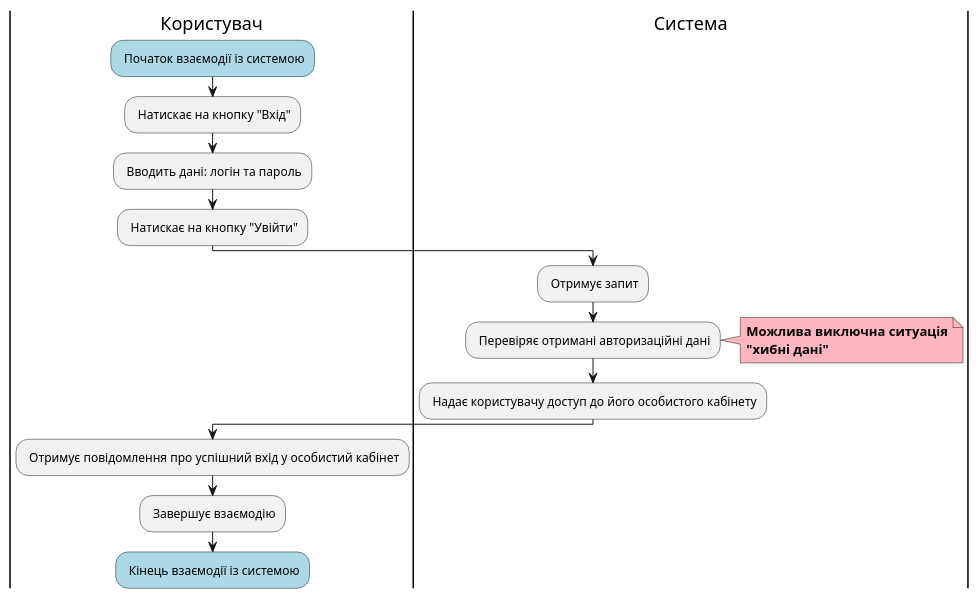
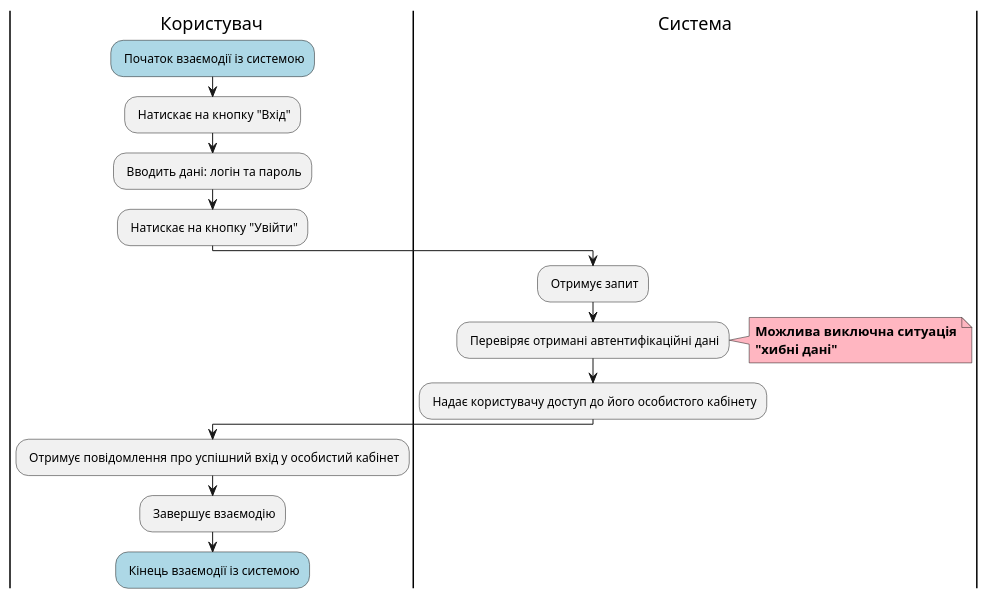
The sixth of 12 diagrams in docs/use cases/README.md (kujo205/db_labs), drawn with PlantUML before and after one commit. The commit also changed other lines of this file, not shown here.

```diff
--- a/docs/use cases/README.md
+++ b/docs/use cases/README.md
@@ -213,24 +212,24 @@
 @startuml
 
   |Користувач|
   #lightblue : Початок взаємодії із системою; 
   : Натискає на кнопку "Вхід";
   : Вводить дані: логін та пароль;
   : Натискає на кнопку "Увійти";
 
 
   |Система|
   : Отримує запит;
-  : Перевіряє отримані авторизаційні дані;
+  : Перевіряє отримані автентифікаційні дані;
     note right #lightpink
       <b>Можлива виключна ситуація</b>
       <b>"хибні дані"</b>
     end note
   : Надає користувачу доступ до його особистого кабінету;
 
   |Користувач|
   : Отримує повідомлення про успішний вхід у особистий кабінет;
   : Завершує взаємодію;
   #lightblue : Кінець взаємодії із системою;
 
 @enduml
```
